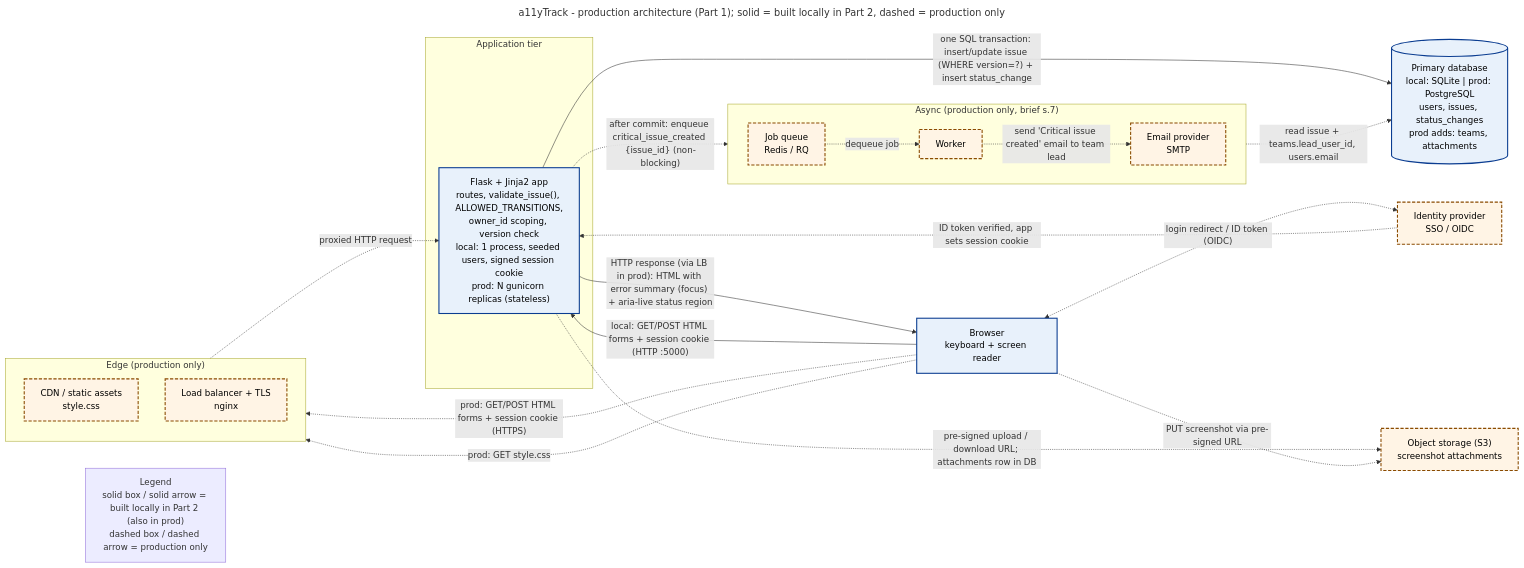
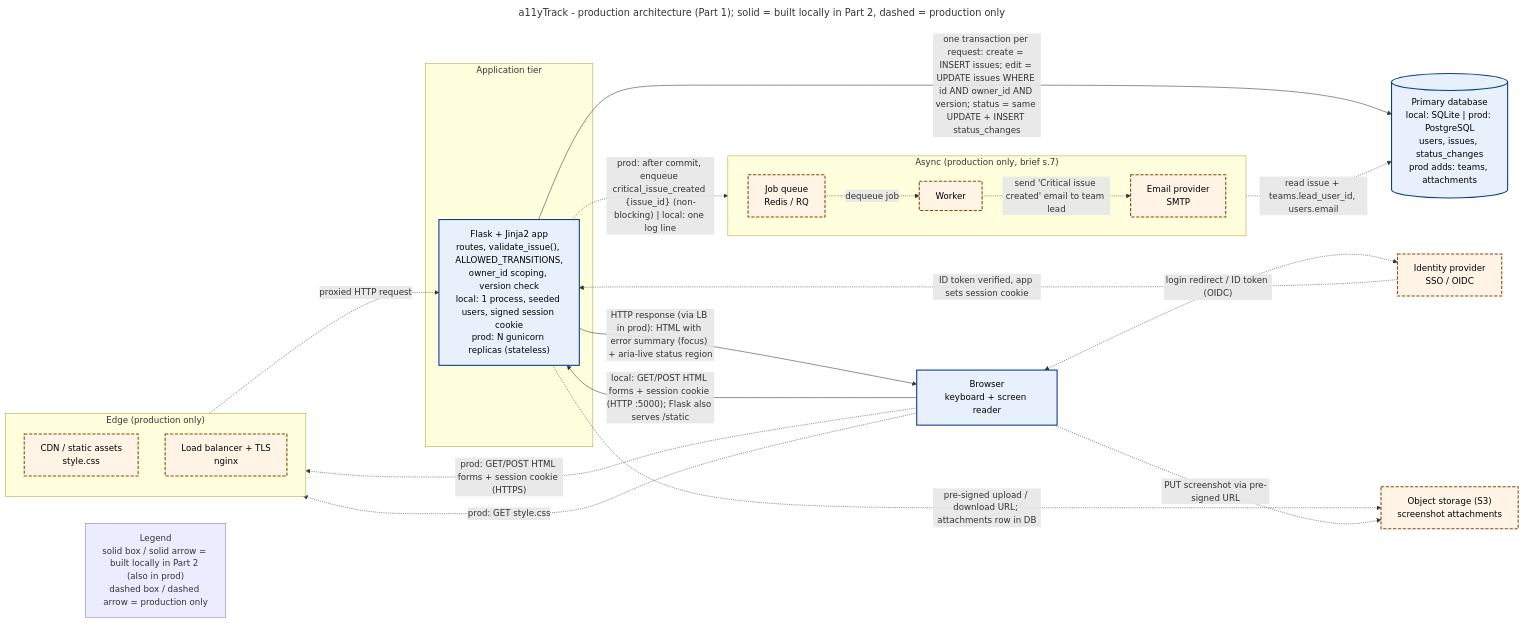
One commit to Yashvardhan-Chaudhry/a11yTrack changed the diagram in docs/architecture.mmd. Above: the diagram before and after it, drawn with Mermaid. The commit also changed 6 other files, not shown here.

Commit message:
Reconcile diagrams and docs with the build: composite indexes the queries use, Critical-issue log hook, arrow labels match routes

```diff
--- a/docs/architecture.mmd
+++ b/docs/architecture.mmd
@@ -1,48 +1,48 @@
 ---
 title: a11yTrack - production architecture (Part 1); solid = built locally in Part 2, dashed = production only
 ---
 flowchart LR
   classDef local fill:#e8f1fb,stroke:#0b3d91,stroke-width:2px,color:#000
   classDef prod fill:#fff4e5,stroke:#8a4b00,stroke-width:2px,stroke-dasharray:6 3,color:#000
 
   Legend["Legend<br/>solid box / solid arrow = built locally in Part 2 (also in prod)<br/>dashed box / dashed arrow = production only"]
 
   Browser["Browser<br/>keyboard + screen reader"]:::local
 
   subgraph Edge["Edge (production only)"]
     direction TB
     CDN["CDN / static assets<br/>style.css"]:::prod
     LB["Load balancer + TLS<br/>nginx"]:::prod
   end
 
   IdP["Identity provider<br/>SSO / OIDC"]:::prod
 
   subgraph AppTier["Application tier"]
     App["Flask + Jinja2 app<br/>routes, validate_issue(), ALLOWED_TRANSITIONS,<br/>owner_id scoping, version check<br/>local: 1 process, seeded users, signed session cookie<br/>prod: N gunicorn replicas (stateless)"]:::local
   end
 
   DB[("Primary database<br/>local: SQLite | prod: PostgreSQL<br/>users, issues, status_changes<br/>prod adds: teams, attachments")]:::local
 
   subgraph Async["Async (production only, brief s.7)"]
     direction LR
     Queue["Job queue<br/>Redis / RQ"]:::prod
     Worker["Worker"]:::prod
     Mail["Email provider<br/>SMTP"]:::prod
   end
 
   Store["Object storage (S3)<br/>screenshot attachments"]:::prod
 
-  Browser -- "local: GET/POST HTML forms + session cookie (HTTP :5000)" --> App
+  Browser -- "local: GET/POST HTML forms + session cookie (HTTP :5000); Flask also serves /static" --> App
   Browser -. "prod: GET/POST HTML forms + session cookie (HTTPS)" .-> LB
   Browser -. "prod: GET style.css" .-> CDN
   LB -. "proxied HTTP request" .-> App
   Browser <-. "login redirect / ID token (OIDC)" .-> IdP
   IdP -. "ID token verified, app sets session cookie" .-> App
-  App -- "one SQL transaction: insert/update issue (WHERE version=?) + insert status_change" --> DB
+  App -- "one transaction per request: create = INSERT issues; edit = UPDATE issues WHERE id AND owner_id AND version; status = same UPDATE + INSERT status_changes" --> DB
   App -- "HTTP response (via LB in prod): HTML with error summary (focus) + aria-live status region" --> Browser
-  App -. "after commit: enqueue critical_issue_created {issue_id} (non-blocking)" .-> Queue
+  App -. "prod: after commit, enqueue critical_issue_created {issue_id} (non-blocking) | local: one log line" .-> Queue
   Queue -. "dequeue job" .-> Worker
   Worker -. "read issue + teams.lead_user_id, users.email" .-> DB
   Worker -. "send 'Critical issue created' email to team lead" .-> Mail
   App -. "pre-signed upload / download URL; attachments row in DB" .-> Store
   Browser -. "PUT screenshot via pre-signed URL" .-> Store
```
